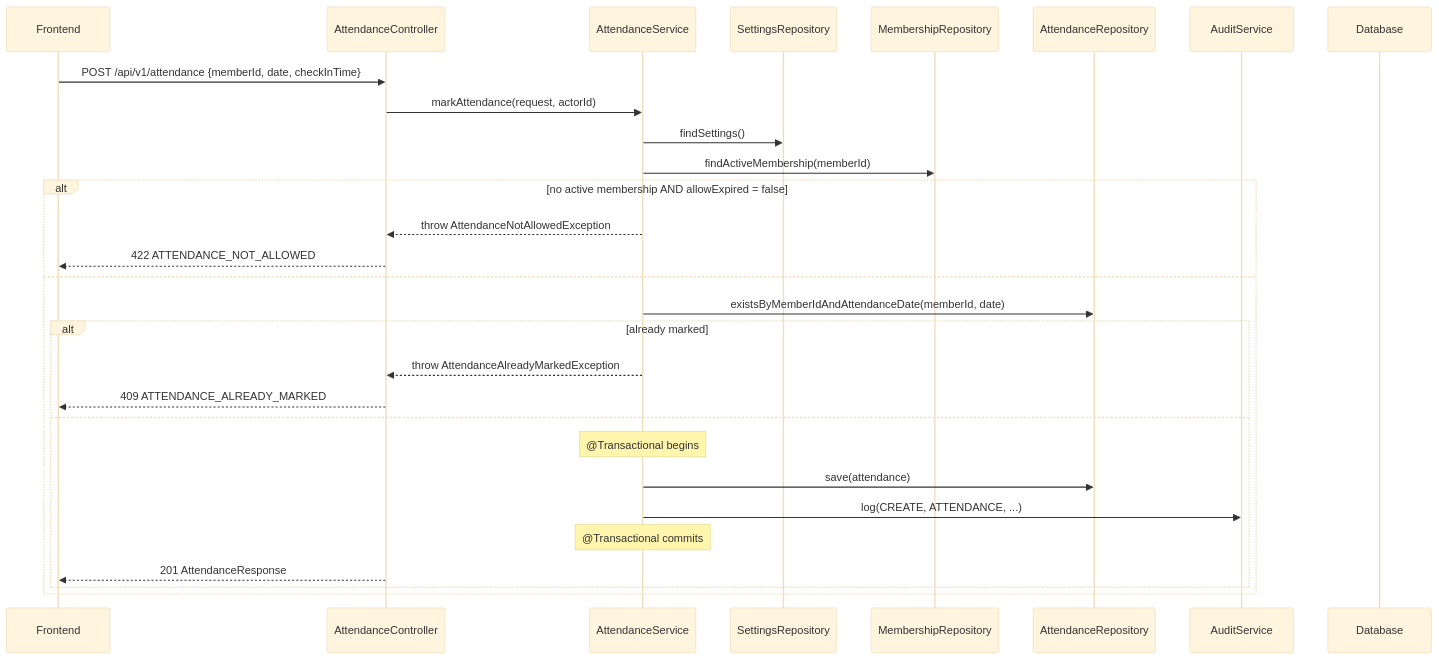
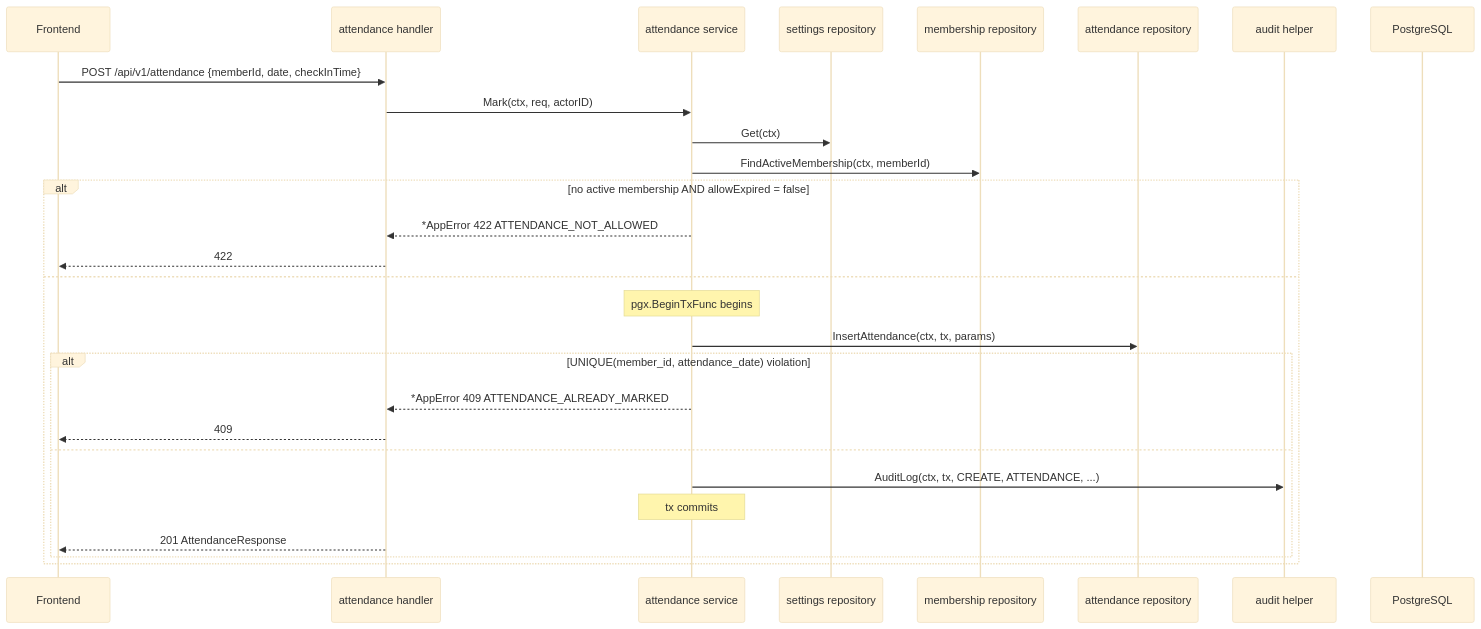
Before and after one commit to sidpd51/gym-app: the third of 5 diagrams in backend/docs/06-backend-lld.md, drawn with Mermaid (base theme). The commit also changed other lines of this file and 5 other files, not shown here.

Commit message:
Migrate backend architecture documentation from Java/Spring Boot to Go

````diff
--- a/backend/docs/06-backend-lld.md
+++ b/backend/docs/06-backend-lld.md
@@ -761,32 +774,31 @@
 ```mermaid
 sequenceDiagram
     participant FE as Frontend
-    participant C as AttendanceController
-    participant S as AttendanceService
-    participant SR as SettingsRepository
-    participant MR as MembershipRepository
-    participant AR as AttendanceRepository
-    participant A as AuditService
-    participant DB as Database
+    participant H as attendance handler
+    participant S as attendance service
+    participant SR as settings repository
+    participant MR as membership repository
+    participant AR as attendance repository
+    participant A as audit helper
+    participant DB as PostgreSQL
 
-    FE->>C: POST /api/v1/attendance {memberId, date, checkInTime}
-    C->>S: markAttendance(request, actorId)
-    S->>SR: findSettings()
-    S->>MR: findActiveMembership(memberId)
+    FE->>H: POST /api/v1/attendance {memberId, date, checkInTime}
+    H->>S: Mark(ctx, req, actorID)
+    S->>SR: Get(ctx)
+    S->>MR: FindActiveMembership(ctx, memberId)
     alt no active membership AND allowExpired = false
-        S-->>C: throw AttendanceNotAllowedException
-        C-->>FE: 422 ATTENDANCE_NOT_ALLOWED
+        S-->>H: *AppError 422 ATTENDANCE_NOT_ALLOWED
+        H-->>FE: 422
     else
-        S->>AR: existsByMemberIdAndAttendanceDate(memberId, date)
-        alt already marked
-            S-->>C: throw AttendanceAlreadyMarkedException
-            C-->>FE: 409 ATTENDANCE_ALREADY_MARKED
+        note over S: pgx.BeginTxFunc begins
+        S->>AR: InsertAttendance(ctx, tx, params)
+        alt UNIQUE(member_id, attendance_date) violation
+            S-->>H: *AppError 409 ATTENDANCE_ALREADY_MARKED
+            H-->>FE: 409
         else
-            note over S: @Transactional begins
-            S->>AR: save(attendance)
-            S->>A: log(CREATE, ATTENDANCE, ...)
-            note over S: @Transactional commits
-            C-->>FE: 201 AttendanceResponse
+            S->>A: AuditLog(ctx, tx, CREATE, ATTENDANCE, ...)
+            note over S: tx commits
+            H-->>FE: 201 AttendanceResponse
         end
     end
 ```
````
